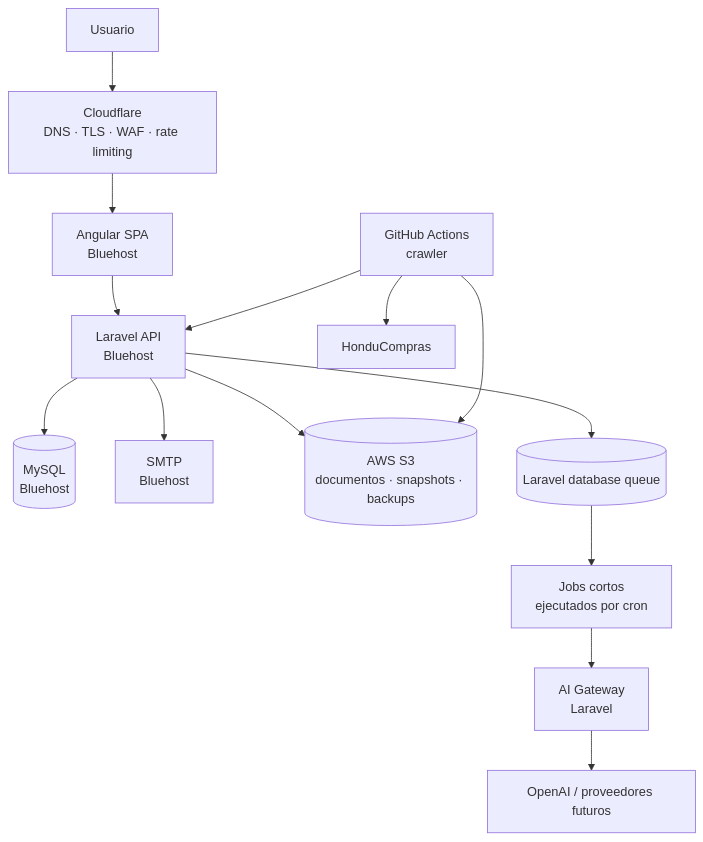
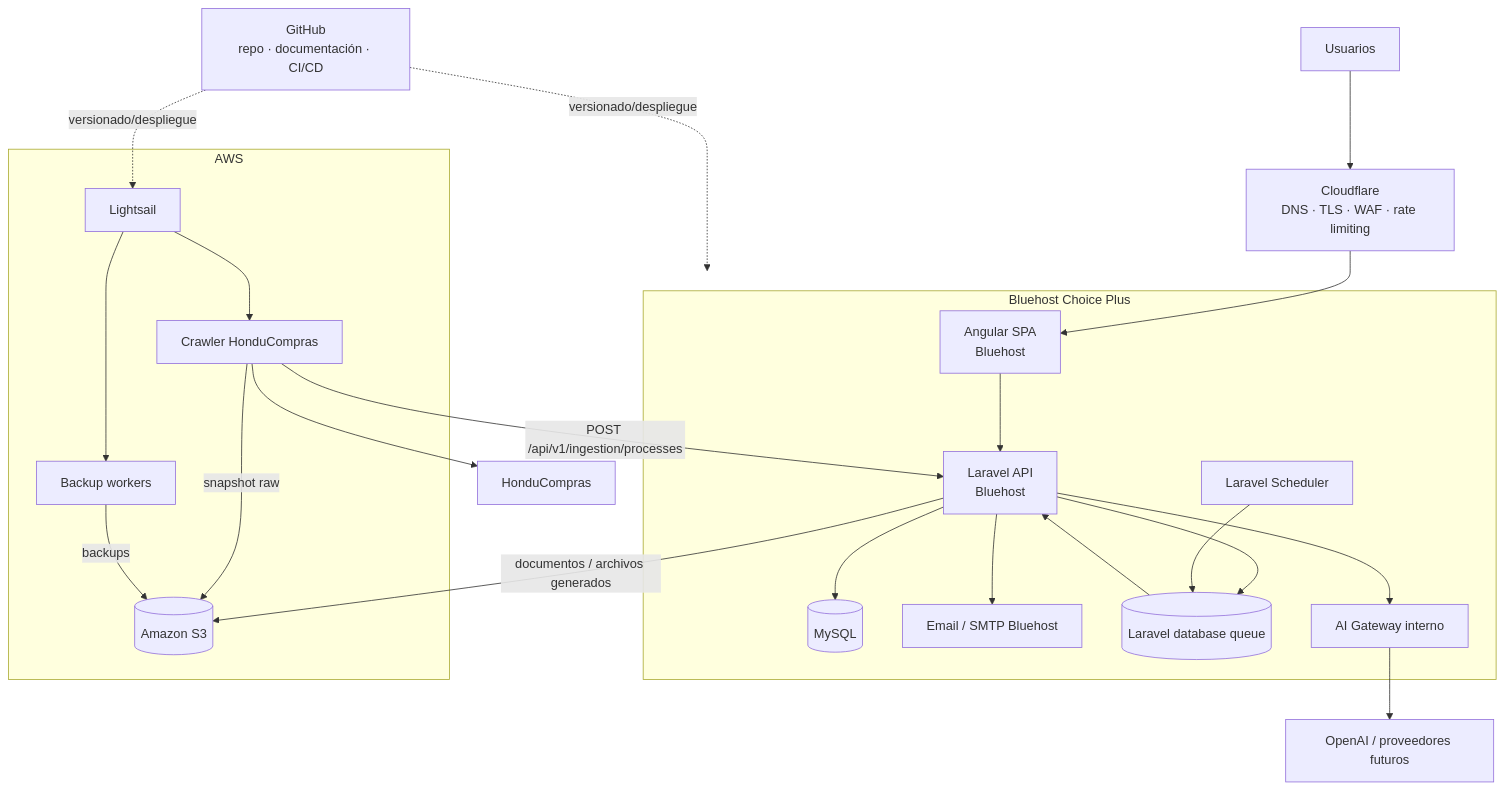
The first of 4 diagrams in docs/architecture/oficina-ai-v2.md (Ahcast/Bastion), drawn with Mermaid before and after one commit. The commit also changed other lines of this file, not shown here.

Commit message:
docs: corregir runtime de crawler y backups a Lightsail

````diff
--- a/docs/architecture/oficina-ai-v2.md
+++ b/docs/architecture/oficina-ai-v2.md
@@ -11,16 +47,44 @@
 ```mermaid
 flowchart TB
-    U[Usuario] --> CF[Cloudflare<br/>DNS · TLS · WAF · rate limiting]
-    CF --> FE[Angular SPA<br/>Bluehost]
-    FE --> API[Laravel API<br/>Bluehost]
-    API --> DB[(MySQL<br/>Bluehost)]
-    API --> MAIL[SMTP<br/>Bluehost]
-    API --> S3[(AWS S3<br/>documentos · snapshots · backups)]
-    API --> Q[(Laravel database queue)]
-    Q --> JOBS[Jobs cortos<br/>ejecutados por cron]
-    JOBS --> AI[AI Gateway<br/>Laravel]
-    AI --> MODELS[OpenAI / proveedores futuros]
-    GH[GitHub Actions<br/>crawler] --> HC[HonduCompras]
-    GH --> S3
-    GH --> API
+
+    U["Usuarios"] --> CF["Cloudflare<br/>DNS · TLS · WAF · rate limiting"]
+    CF --> FE["Angular SPA<br/>Bluehost"]
+    FE --> API["Laravel API<br/>Bluehost"]
+
+    subgraph BH["Bluehost Choice Plus"]
+        FE
+        API
+        DB[("MySQL")]
+        MAIL["Email / SMTP Bluehost"]
+        SCH["Laravel Scheduler"]
+        Q[("Laravel database queue")]
+        AIGW["AI Gateway interno"]
+    end
+
+    API --> DB
+    API --> MAIL
+    API --> Q
+    SCH --> Q
+    Q --> API
+    API --> AIGW
+
+    subgraph AWS["AWS"]
+        LS["Lightsail"]
+        CR["Crawler HonduCompras"]
+        BW["Backup workers"]
+        S3[("Amazon S3")]
+    end
+
+    LS --> CR
+    LS --> BW
+    CR --> HC["HonduCompras"]
+    CR -->|"snapshot raw"| S3
+    CR -->|"POST /api/v1/ingestion/processes"| API
+    BW -->|"backups"| S3
+    API -->|"documentos / archivos generados"| S3
+
+    AIGW --> AI["OpenAI / proveedores futuros"]
+
+    GH["GitHub<br/>repo · documentación · CI/CD"] -. versionado/despliegue .-> BH
+    GH -. versionado/despliegue .-> LS
 ```
````
